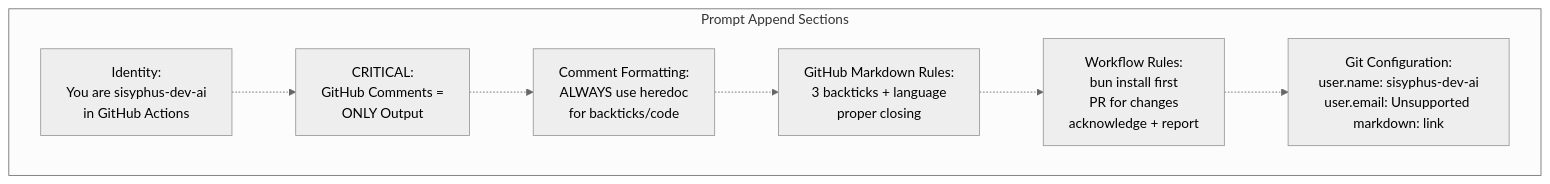
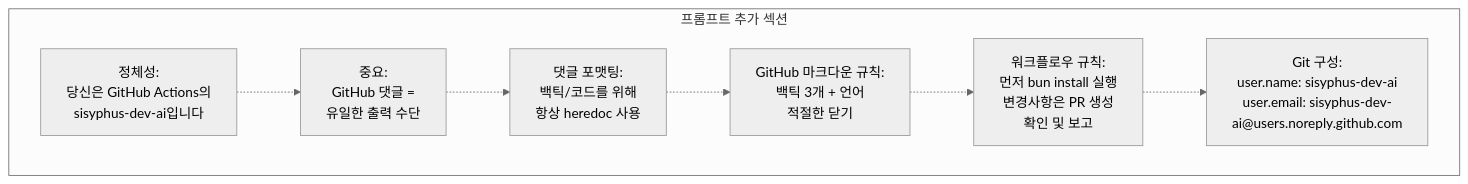
One commit to felipetruman/oh-my-opencode-docs changed the fourth of 10 diagrams in docs/agents/github-workflow-integration.md. Above: the diagram before and after it, drawn with Mermaid (neutral theme). The commit also changed other lines of this file and 76 other files, not shown here.

````diff
--- a/docs/agents/github-workflow-integration.md
+++ b/docs/agents/github-workflow-integration.md
@@ -206,24 +206,24 @@
 ```mermaid
 flowchart TD
 
-Identity["Identity:<br>You are sisyphus-dev-ai<br>in GitHub Actions"]
-Output["CRITICAL:<br>GitHub Comments =<br>ONLY Output"]
-Formatting["Comment Formatting:<br>ALWAYS use heredoc<br>for backticks/code"]
-Markdown["GitHub Markdown Rules:<br>3 backticks + language<br>proper closing"]
-Rules["Workflow Rules:<br>bun install first<br>PR for changes<br>acknowledge + report"]
-GitConfig["Git Configuration:<br>user.name: sisyphus-dev-ai<br>user.email: Unsupported markdown: link"]
+Identity["정체성:<br>당신은 GitHub Actions의<br>sisyphus-dev-ai입니다"]
+Output["중요:<br>GitHub 댓글 =<br>유일한 출력 수단"]
+Formatting["댓글 포맷팅:<br>백틱/코드를 위해<br>항상 heredoc 사용"]
+Markdown["GitHub 마크다운 규칙:<br>백틱 3개 + 언어<br>적절한 닫기"]
+Rules["워크플로우 규칙:<br>먼저 bun install 실행<br>변경사항은 PR 생성<br>확인 및 보고"]
+GitConfig["Git 구성:<br>user.name: sisyphus-dev-ai<br>user.email: sisyphus-dev-ai@users.noreply.github.com"]
 
-subgraph subGraph0 ["Prompt Append Sections"]
+subgraph subGraph0 ["프롬프트 추가 섹션"]
     Identity
     Output
     Formatting
     Markdown
     Rules
     GitConfig
     Identity -.-> Output
     Output -.-> Formatting
     Formatting -.-> Markdown
     Markdown -.-> Rules
     Rules -.-> GitConfig
 end
 ```
````
